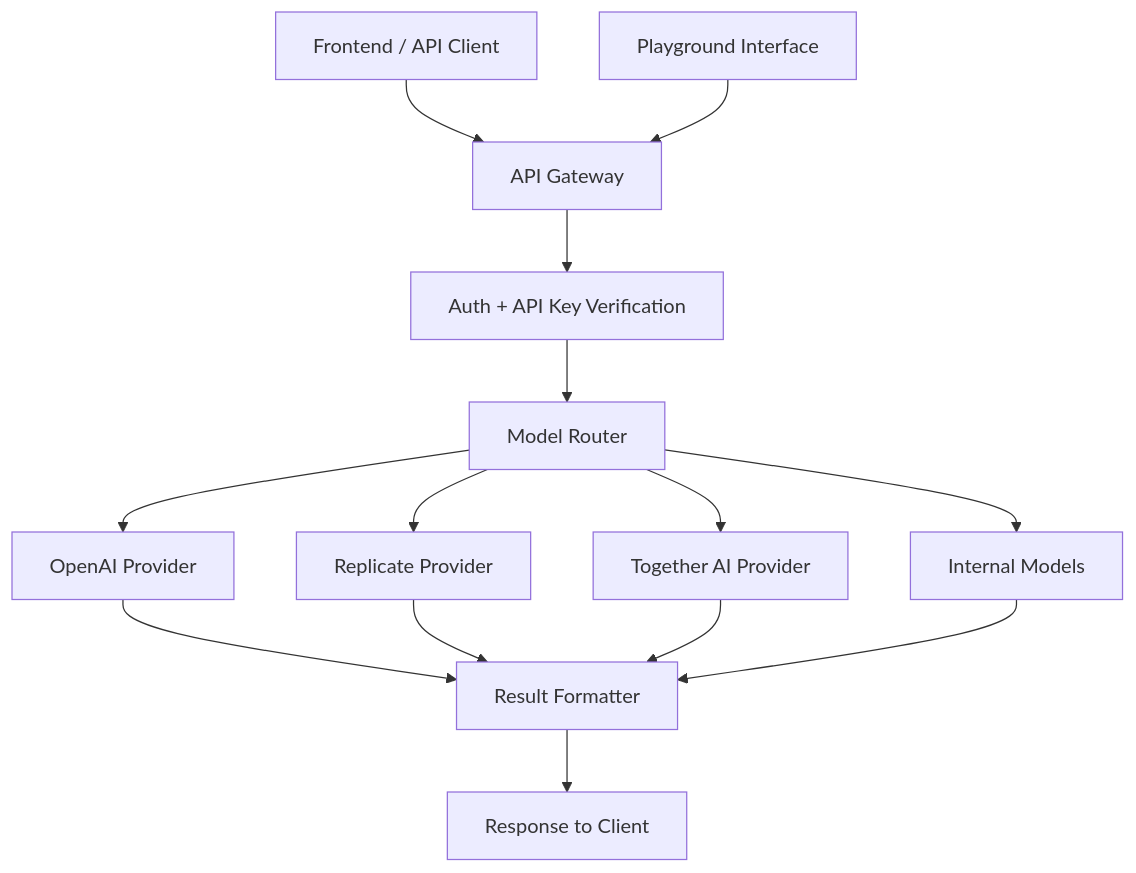
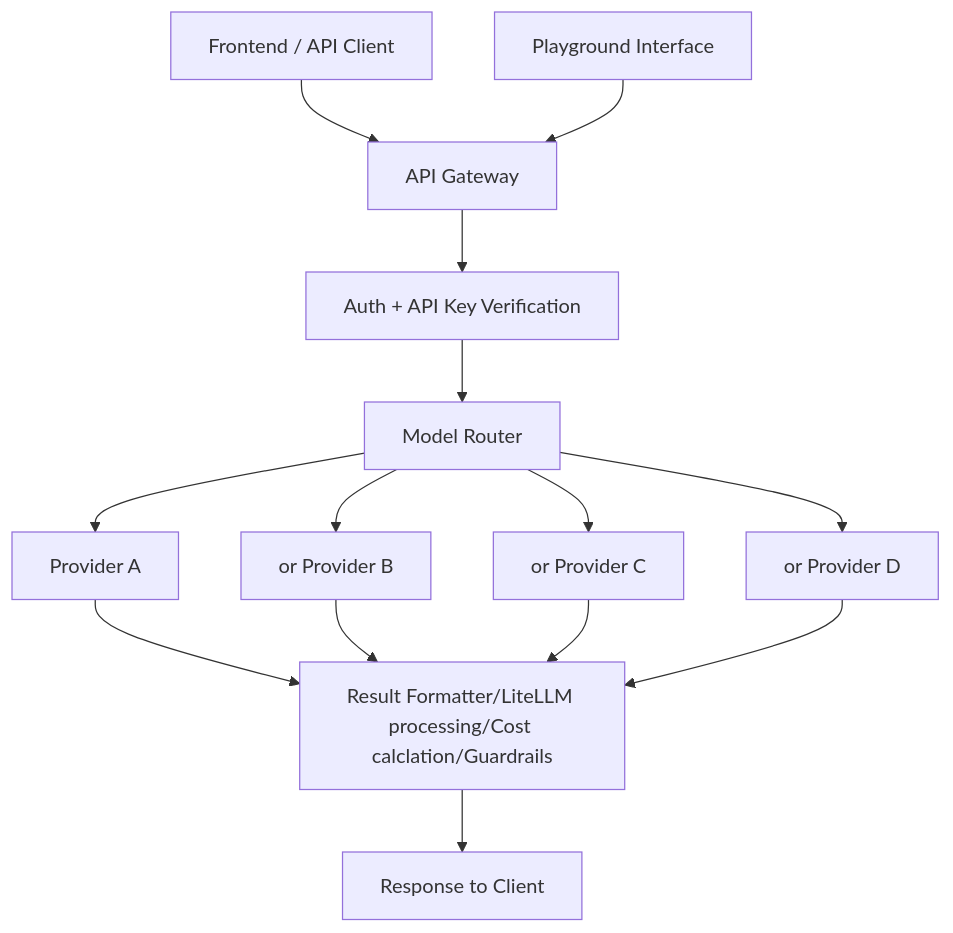
Before and after one commit to shivam-allcognix/docs: the diagram in essentials/Overview.mdx, drawn with Mermaid.

Commit message:
Documentation edits made through Mintlify web editor

````diff
--- a/essentials/Overview.mdx
+++ b/essentials/Overview.mdx
@@ -148,19 +148,19 @@
 ```mermaid  theme={null}
 graph TB
     A[Frontend / API Client] --> B[API Gateway]
     B --> C[Auth + API Key Verification]
     C --> D[Model Router]
-    D --> E[OpenAI Provider]
-    D --> F[Replicate Provider]
-    D --> G[Together AI Provider]
-    D --> H[Internal Models]
+    D --> E[Provider A]
+    D --> F[or Provider B]
+    D --> G[or Provider C]
+    D --> H[or Provider D]
 
-    E --> I[Result Formatter]
+    E --> I[Result Formatter/LiteLLM processing/Cost calclation/Guardrails]
     F --> I
     G --> I
     H --> I
 
     I --> J[Response to Client]
 
     K[Playground Interface] --> B
 ```
````
